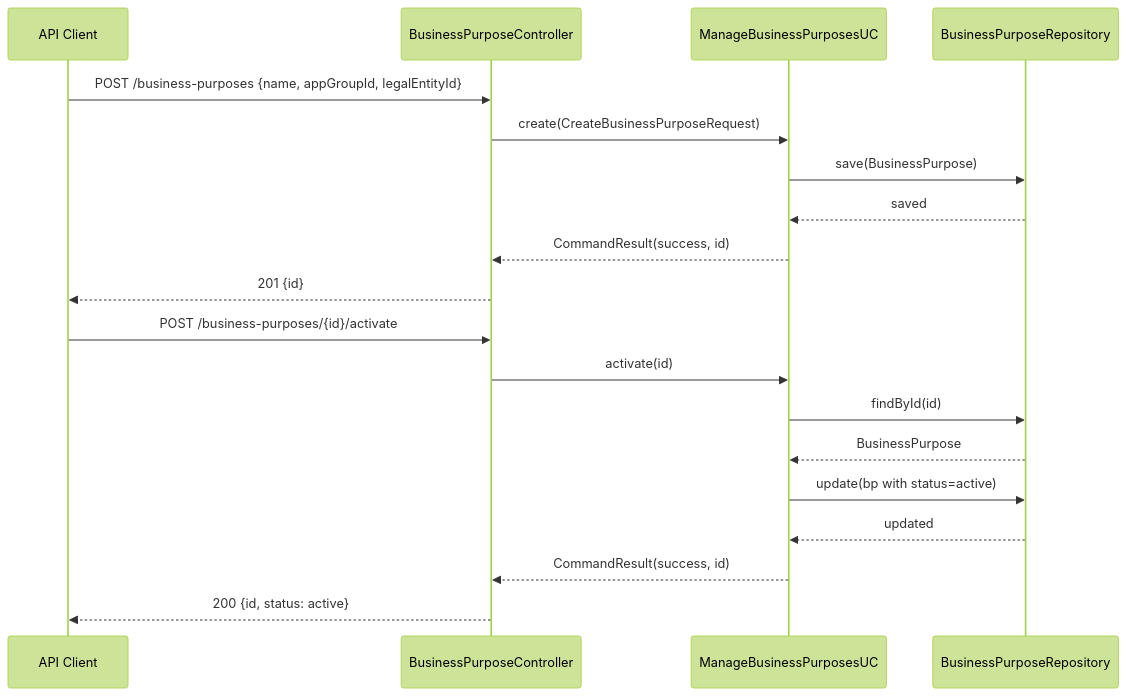
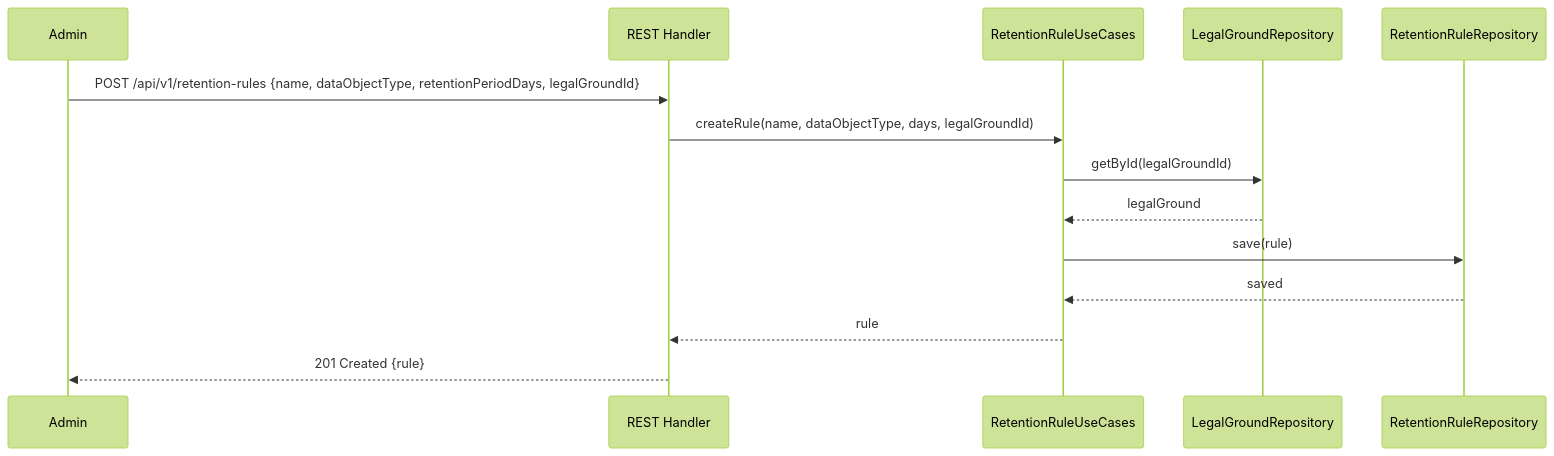
One commit to UIMSolutions/uim-platform changed the third of 3 diagrams in data-retention/UML.md. Above: the diagram before and after it, drawn with Mermaid (forest theme). The commit also changed other lines of this file and 128 other files, not shown here.

Commit message:
Refactor UML documentation for Task Center and Transport services; streamline class diagrams, sequence diagrams, and component diagrams for clarity and consistency. Update NAFv4 architecture description to enhance structure and readability. Adjust container module imports for better organization.

````diff
--- a/data-retention/UML.md
+++ b/data-retention/UML.md
@@ -395,23 +96,17 @@
 ```mermaid
 sequenceDiagram
-    participant C as API Client
-    participant BP as BusinessPurposeController
-    participant usecase as ManageBusinessPurposesUC
-    participant R as BusinessPurposeRepository
+    participant A as Admin
+    participant R as REST Handler
+    participant UC as RetentionRuleUseCases
+    participant LGR as LegalGroundRepository
+    participant RRR as RetentionRuleRepository
 
-    C->>BP: POST /business-purposes {name, appGroupId, legalEntityId}
-    BP->>usecase: create(CreateBusinessPurposeRequest)
-    usecase->>R: save(BusinessPurpose)
-    R-->>usecase: saved
-    usecase-->>BP: CommandResult(success, id)
-    BP-->>C: 201 {id}
-
-    C->>BP: POST /business-purposes/{id}/activate
-    BP->>usecase: activate(id)
-    usecase->>R: findById(id)
-    R-->>usecase: BusinessPurpose
-    usecase->>R: update(bp with status=active)
-    R-->>usecase: updated
-    usecase-->>BP: CommandResult(success, id)
-    BP-->>C: 200 {id, status: active}
+    A->>R: POST /api/v1/retention-rules {name, dataObjectType, retentionPeriodDays, legalGroundId}
+    R->>UC: createRule(name, dataObjectType, days, legalGroundId)
+    UC->>LGR: getById(legalGroundId)
+    LGR-->>UC: legalGround
+    UC->>RRR: save(rule)
+    RRR-->>UC: saved
+    UC-->>R: rule
+    R-->>A: 201 Created {rule}
 ```
````
